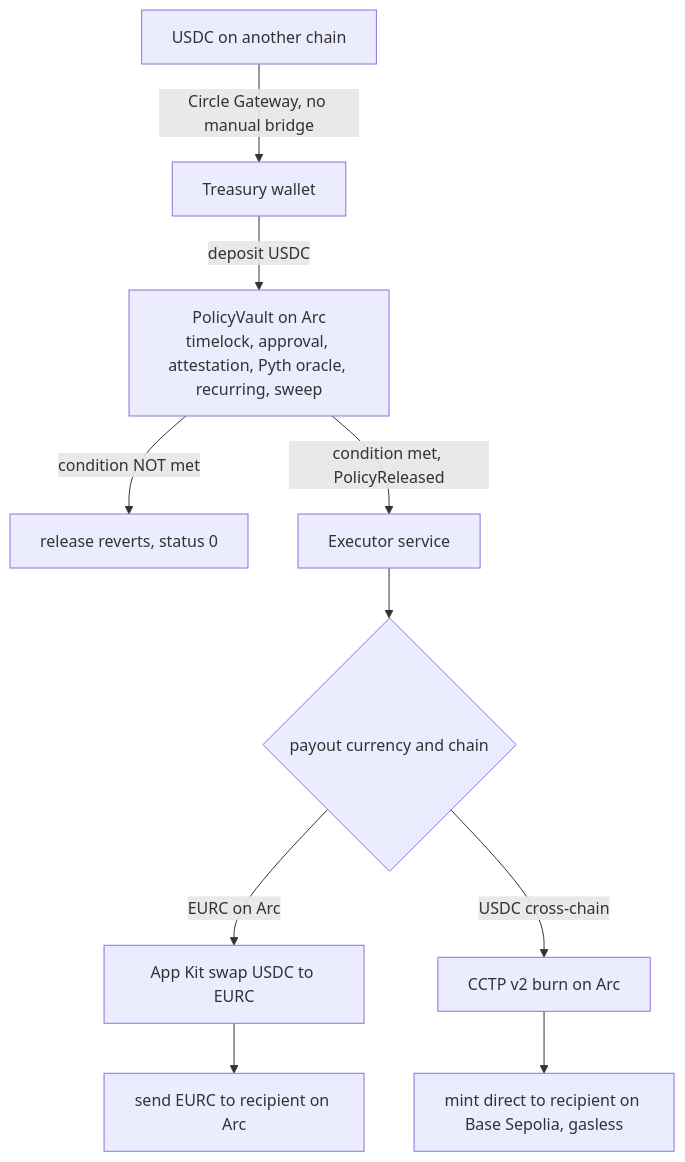
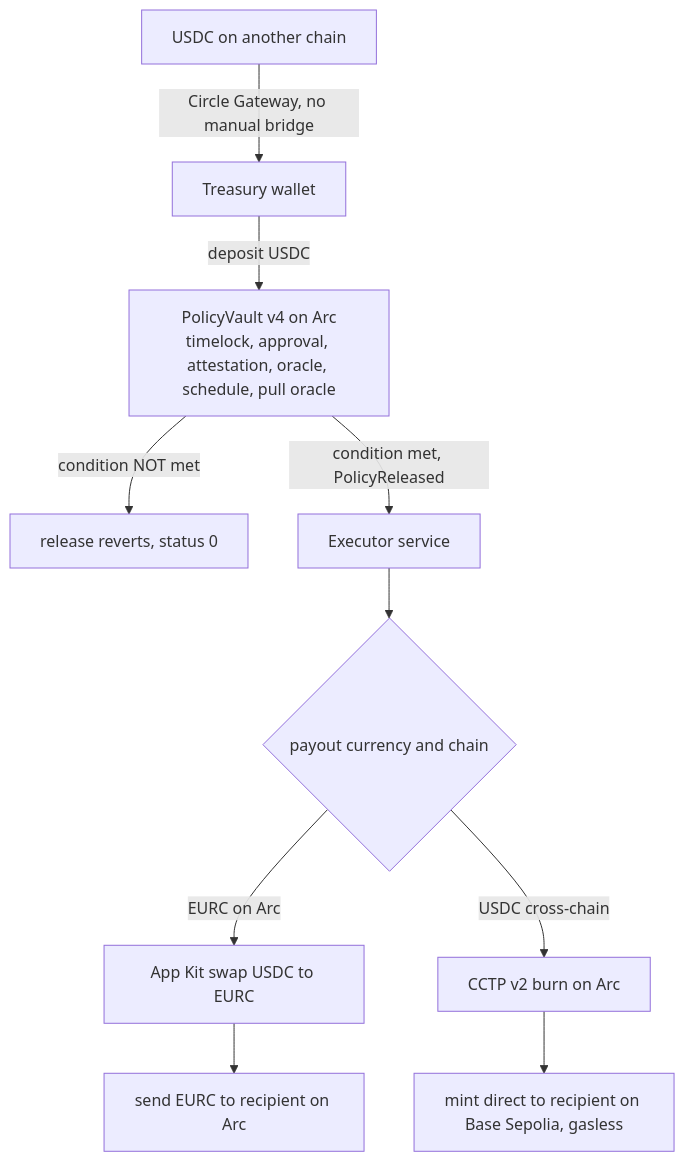
The diagram in README.md (abdoulore/Covenant), drawn with Mermaid before and after one commit. The commit also changed other lines of this file and 4 other files, not shown here.

````diff
--- a/README.md
+++ b/README.md
@@ -15,13 +15,13 @@
 ```mermaid
 flowchart TB
     G[USDC on another chain] -->|Circle Gateway, no manual bridge| T[Treasury wallet]
-    T -->|deposit USDC| V["PolicyVault on Arc<br/>timelock, approval, attestation, Pyth oracle, recurring, sweep"]
+    T -->|deposit USDC| V["PolicyVault v4 on Arc<br/>timelock, approval, attestation, oracle, schedule, pull oracle"]
     V -->|condition NOT met| X[release reverts, status 0]
     V -->|condition met, PolicyReleased| E[Executor service]
 
     E --> A{payout currency and chain}
     A -->|EURC on Arc| S[App Kit swap USDC to EURC]
     S --> PA[send EURC to recipient on Arc]
     A -->|USDC cross-chain| C[CCTP v2 burn on Arc]
     C --> PB[mint direct to recipient on Base Sepolia, gasless]
 ```
````
